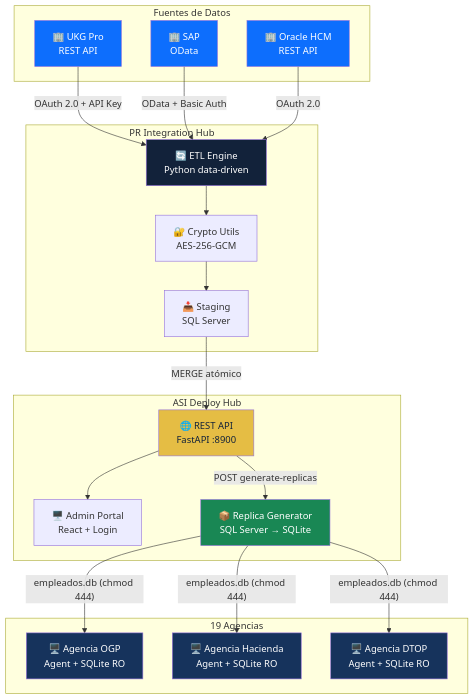
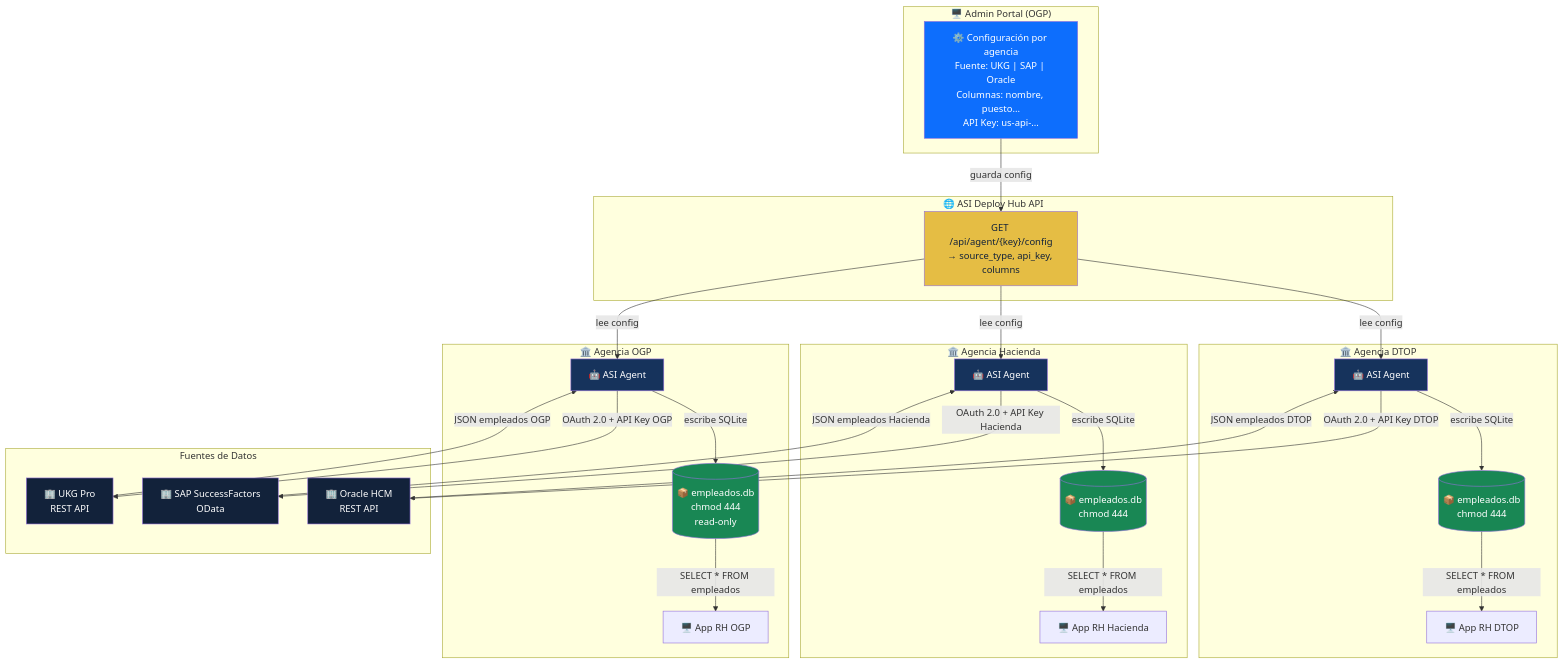
The first of 10 diagrams in docs/ARCHITECTURE_MERMAID.md (jcollazo/asi-deploy-hub), drawn with Mermaid before and after one commit. The commit also changed other lines of this file, not shown here.

First line of the commit message:
fix: diagrama corregido — Agent jala directo de la fuente

````diff
--- a/docs/ARCHITECTURE_MERMAID.md
+++ b/docs/ARCHITECTURE_MERMAID.md
@@ -5,48 +7,67 @@
 ```mermaid
 graph TB
+    subgraph Portal["🖥️ Admin Portal (OGP)"]
+        CFG["⚙️ Configuración por agencia<br/>Fuente: UKG | SAP | Oracle<br/>Columnas: nombre, puesto...<br/>API Key: us-api-..."]
+    end
+
+    subgraph Hub["🌐 ASI Deploy Hub API"]
+        CONFIG["GET /api/agent/{key}/config<br/>→ source_type, api_key, columns"]
+    end
+
+    subgraph Agencia1["🏛️ Agencia OGP"]
+        AG1["🤖 ASI Agent"]
+        SQL1[("📦 empleados.db<br/>chmod 444<br/>read-only")]
+        APP1["🖥️ App RH OGP"]
+    end
+
+    subgraph Agencia2["🏛️ Agencia Hacienda"]
+        AG2["🤖 ASI Agent"]
+        SQL2[("📦 empleados.db<br/>chmod 444")]
+        APP2["🖥️ App RH Hacienda"]
+    end
+
+    subgraph Agencia3["🏛️ Agencia DTOP"]
+        AG3["🤖 ASI Agent"]
+        SQL3[("📦 empleados.db<br/>chmod 444")]
+        APP3["🖥️ App RH DTOP"]
+    end
+
     subgraph Sources["Fuentes de Datos"]
         UKG["🏢 UKG Pro<br/>REST API"]
-        SAP["🏢 SAP<br/>OData"]
+        SAP["🏢 SAP SuccessFactors<br/>OData"]
         ORACLE["🏢 Oracle HCM<br/>REST API"]
     end
 
-    subgraph Integration["PR Integration Hub"]
-        ETL["🔄 ETL Engine<br/>Python data-driven"]
-        CRYPTO["🔐 Crypto Utils<br/>AES-256-GCM"]
-        STAGING["📥 Staging<br/>SQL Server"]
-    end
+    CFG -->|"guarda config"| CONFIG
+    CONFIG -->|"lee config"| AG1
+    CONFIG -->|"lee config"| AG2
+    CONFIG -->|"lee config"| AG3
 
-    subgraph Hub["ASI Deploy Hub"]
-        API["🌐 REST API<br/>FastAPI :8900"]
-        ADMIN["🖥️ Admin Portal<br/>React + Login"]
-        REPLICA["📦 Replica Generator<br/>SQL Server → SQLite"]
-    end
+    AG1 -->|"OAuth 2.0 + API Key OGP"| UKG
+    AG2 -->|"OAuth 2.0 + API Key Hacienda"| SAP
+    AG3 -->|"OAuth 2.0 + API Key DTOP"| ORACLE
 
-    subgraph Agencies["19 Agencias"]
-        AG1["🖥️ Agencia OGP<br/>Agent + SQLite RO"]
-        AG2["🖥️ Agencia Hacienda<br/>Agent + SQLite RO"]
-        AG3["🖥️ Agencia DTOP<br/>Agent + SQLite RO"]
-    end
+    UKG -->|"JSON empleados OGP"| AG1
+    SAP -->|"JSON empleados Hacienda"| AG2
+    ORACLE -->|"JSON empleados DTOP"| AG3
 
-    UKG -->|"OAuth 2.0 + API Key"| ETL
-    SAP -->|"OData + Basic Auth"| ETL
-    ORACLE -->|"OAuth 2.0"| ETL
-    ETL --> CRYPTO
-    CRYPTO --> STAGING
-    STAGING -->|MERGE atómico| API
-    API --> ADMIN
-    API -->|"POST generate-replicas"| REPLICA
-    REPLICA -->|"empleados.db (chmod 444)"| AG1
-    REPLICA -->|"empleados.db (chmod 444)"| AG2
-    REPLICA -->|"empleados.db (chmod 444)"| AG3
+    AG1 -->|"escribe SQLite"| SQL1
+    AG2 -->|"escribe SQLite"| SQL2
+    AG3 -->|"escribe SQLite"| SQL3
 
-    style UKG fill:#0D6EFD,color:#fff
-    style SAP fill:#0D6EFD,color:#fff
-    style ORACLE fill:#0D6EFD,color:#fff
-    style ETL fill:#12223A,color:#fff
-    style API fill:#E5BD44,color:#12223A
-    style REPLICA fill:#198754,color:#fff
+    SQL1 -->|"SELECT * FROM empleados"| APP1
+    SQL2 -->|"SELECT * FROM empleados"| APP2
+    SQL3 -->|"SELECT * FROM empleados"| APP3
+
+    style CFG fill:#0D6EFD,color:#fff
+    style CONFIG fill:#E5BD44,color:#12223A
+    style UKG fill:#12223A,color:#fff
+    style SAP fill:#12223A,color:#fff
+    style ORACLE fill:#12223A,color:#fff
     style AG1 fill:#16335C,color:#fff
     style AG2 fill:#16335C,color:#fff
     style AG3 fill:#16335C,color:#fff
+    style SQL1 fill:#198754,color:#fff
+    style SQL2 fill:#198754,color:#fff
+    style SQL3 fill:#198754,color:#fff
 ```
````
